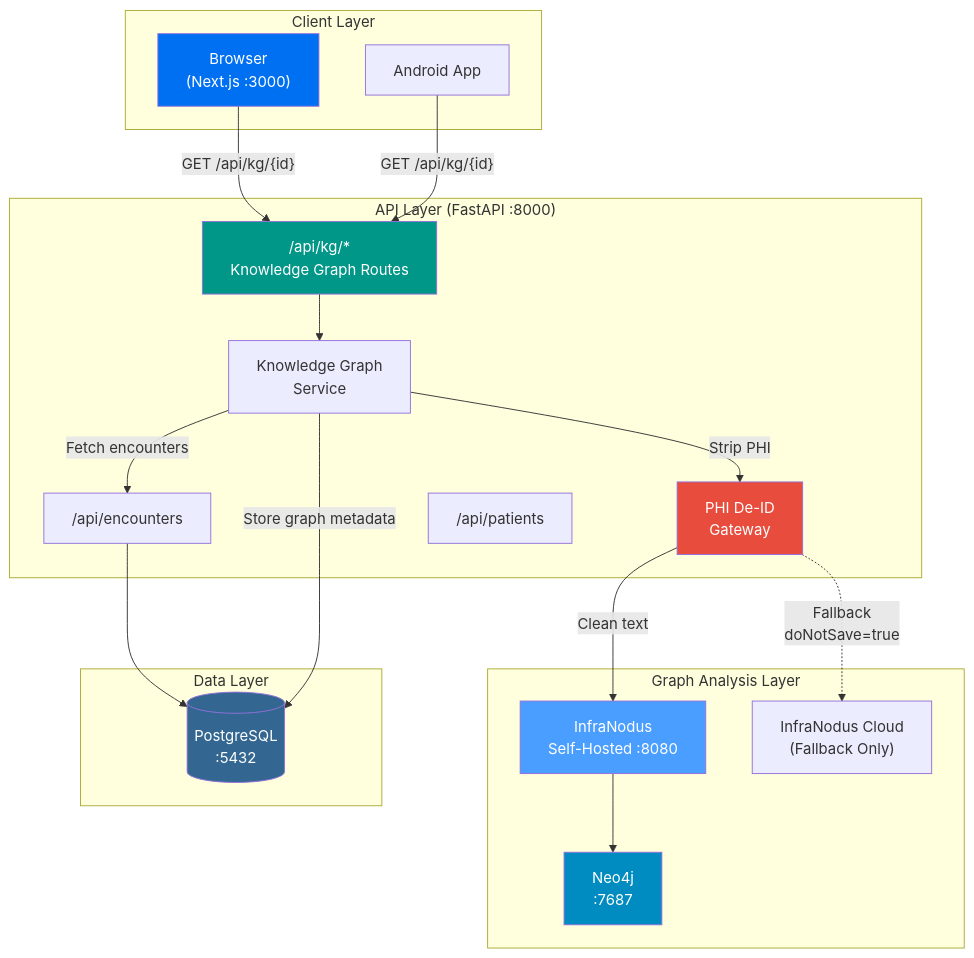
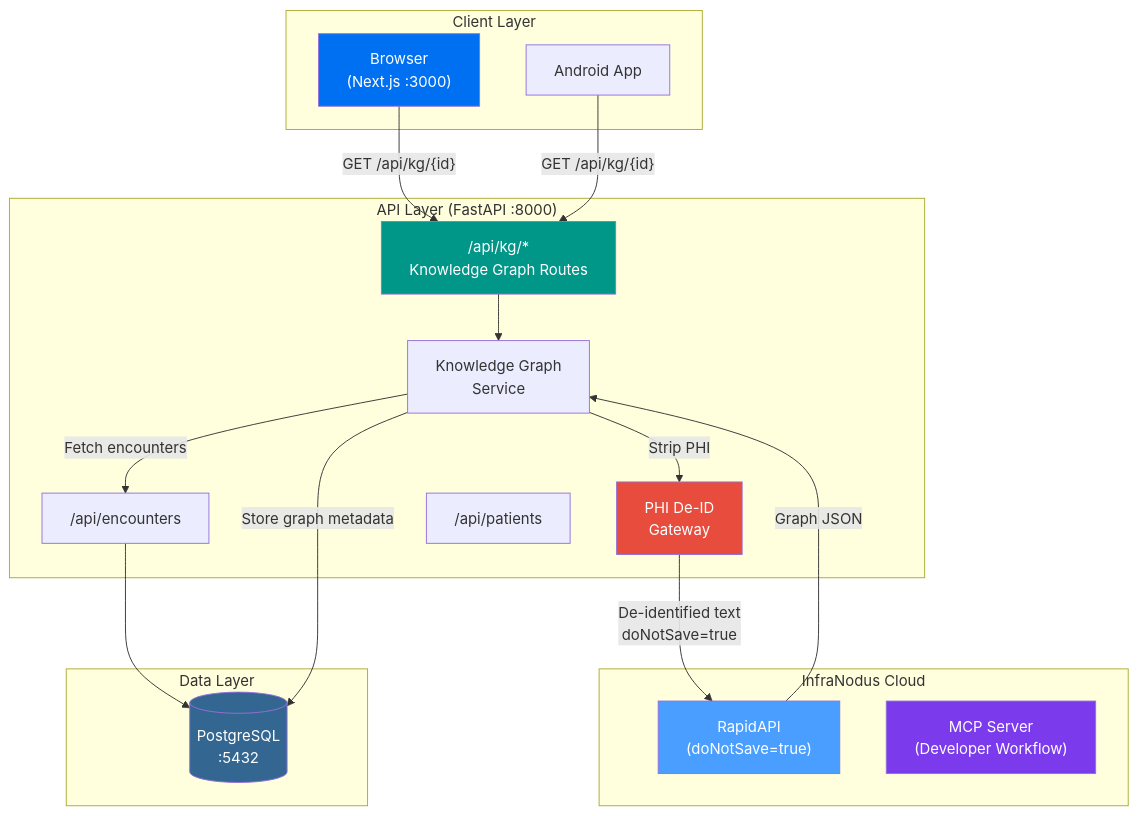
One commit to ammar-utexas/demo changed the second of 2 diagrams in docs/experiments/41-InfraNodus-Developer-Tutorial.md. Above: the diagram before and after it, drawn with Mermaid. The commit also changed other lines of this file and 3 other files, not shown here.

First line of the commit message:
Update Experiment 41 to use Cloud API + MCP Server instead of self-hosted InfraNodus

````diff
--- a/docs/experiments/41-InfraNodus-Developer-Tutorial.md
+++ b/docs/experiments/41-InfraNodus-Developer-Tutorial.md
@@ -118,43 +132,41 @@
 ```mermaid
 flowchart TB
     subgraph Client["Client Layer"]
         BROWSER["Browser<br/>(Next.js :3000)"]
         ANDROID["Android App"]
     end
 
     subgraph API["API Layer (FastAPI :8000)"]
         KG_ROUTE["/api/kg/*<br/>Knowledge Graph Routes"]
         PHI["PHI De-ID<br/>Gateway"]
         KG_SVC["Knowledge Graph<br/>Service"]
         ENC_API["/api/encounters"]
         PAT_API["/api/patients"]
     end
 
-    subgraph Graph["Graph Analysis Layer"]
-        IN_SH["InfraNodus<br/>Self-Hosted :8080"]
-        NEO["Neo4j<br/>:7687"]
-        IN_CLOUD["InfraNodus Cloud<br/>(Fallback Only)"]
+    subgraph Cloud["InfraNodus Cloud"]
+        IN_API["RapidAPI<br/>(doNotSave=true)"]
+        IN_MCP["MCP Server<br/>(Developer Workflow)"]
     end
 
     subgraph Data["Data Layer"]
         PG[("PostgreSQL<br/>:5432")]
     end
 
     BROWSER -->|"GET /api/kg/{id}"| KG_ROUTE
     ANDROID -->|"GET /api/kg/{id}"| KG_ROUTE
     KG_ROUTE --> KG_SVC
     KG_SVC -->|"Fetch encounters"| ENC_API
     ENC_API --> PG
     KG_SVC -->|"Strip PHI"| PHI
-    PHI -->|"Clean text"| IN_SH
-    PHI -.->|"Fallback<br/>doNotSave=true"| IN_CLOUD
-    IN_SH --> NEO
+    PHI -->|"De-identified text<br/>doNotSave=true"| IN_API
+    IN_API -->|"Graph JSON"| KG_SVC
     KG_SVC -->|"Store graph metadata"| PG
 
     style PHI fill:#e74c3c,color:#fff
-    style IN_SH fill:#4a9eff,color:#fff
-    style NEO fill:#008cc1,color:#fff
+    style IN_API fill:#4a9eff,color:#fff
+    style IN_MCP fill:#7c3aed,color:#fff
     style KG_ROUTE fill:#009688,color:#fff
     style PG fill:#336791,color:#fff
     style BROWSER fill:#0070f3,color:#fff
 ```
````
